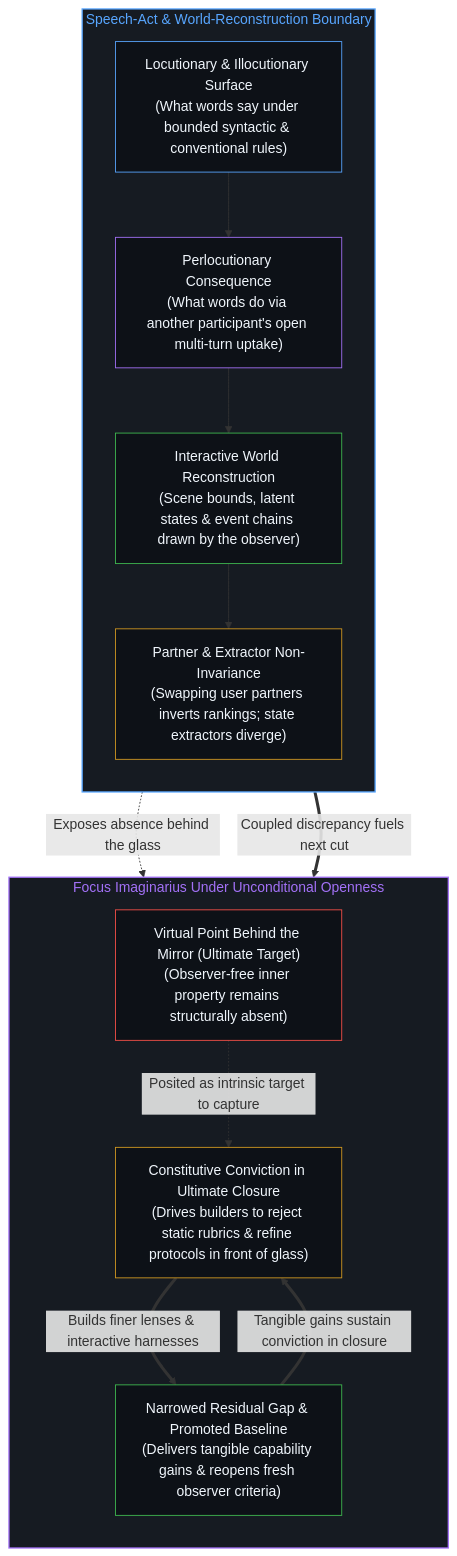
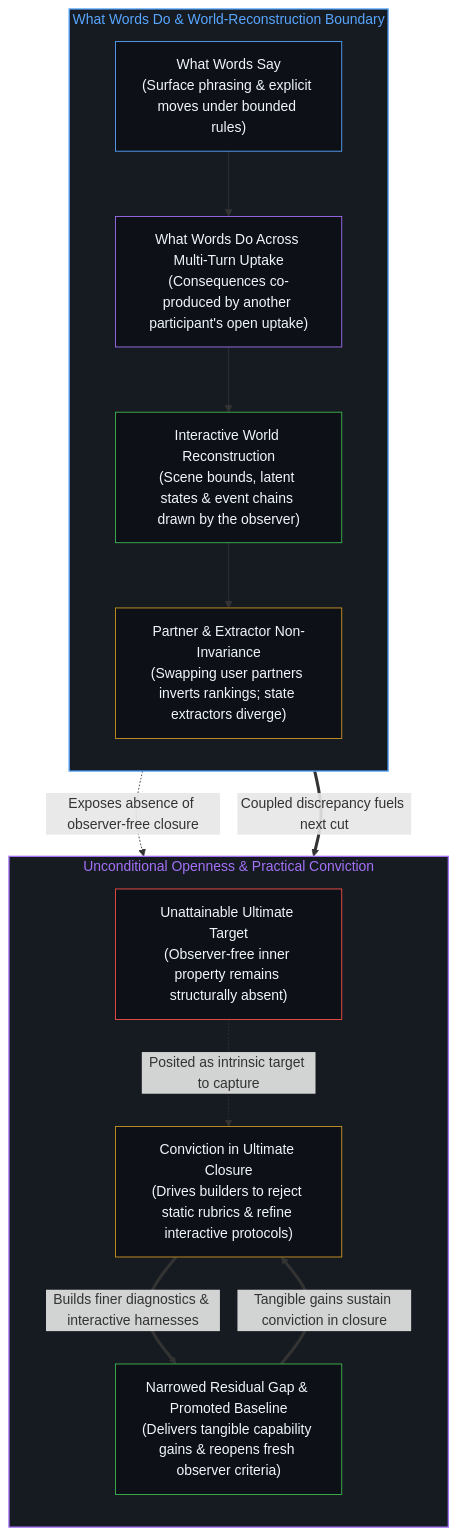
The second of 4 diagrams in content/posts/eternally-wrong-questions-that-haunt-practice.md (powerpig99/not-a-toe), drawn with Mermaid before and after one commit. The commit also changed other lines of this file and 24 other files, not shown here.

````diff
--- a/content/posts/eternally-wrong-questions-that-haunt-practice.md
+++ b/content/posts/eternally-wrong-questions-that-haunt-practice.md
@@ -55,31 +55,31 @@
 ```mermaid
 flowchart TD
-    subgraph S_Speech["Speech-Act & World-Reconstruction Boundary"]
+    subgraph S_Speech["What Words Do & World-Reconstruction Boundary"]
         direction TB
-        LOC["Locutionary & Illocutionary Surface<br/>(What words say under bounded syntactic & conventional rules)"]
-        PER["Perlocutionary Consequence<br/>(What words do via another participant's open multi-turn uptake)"]
+        LOC["What Words Say<br/>(Surface phrasing & explicit moves under bounded rules)"]
+        PER["What Words Do Across Multi-Turn Uptake<br/>(Consequences co-produced by another participant's open uptake)"]
         REC["Interactive World Reconstruction<br/>(Scene bounds, latent states & event chains drawn by the observer)"]
         COUP["Partner & Extractor Non-Invariance<br/>(Swapping user partners inverts rankings; state extractors diverge)"]
         LOC --> PER --> REC --> COUP
     end
-    subgraph S_Focus["Focus Imaginarius Under Unconditional Openness"]
+    subgraph S_Focus["Unconditional Openness & Practical Conviction"]
         direction TB
-        MIR["Virtual Point Behind the Mirror (Ultimate Target)<br/>(Observer-free inner property remains structurally absent)"]
-        CONV["Constitutive Conviction in Ultimate Closure<br/>(Drives builders to reject static rubrics & refine protocols in front of glass)"]
+        MIR["Unattainable Ultimate Target<br/>(Observer-free inner property remains structurally absent)"]
+        CONV["Conviction in Ultimate Closure<br/>(Drives builders to reject static rubrics & refine interactive protocols)"]
         GAIN["Narrowed Residual Gap & Promoted Baseline<br/>(Delivers tangible capability gains & reopens fresh observer criteria)"]
         MIR -. "Posited as intrinsic target to capture" .-> CONV
-        CONV ==>|"Builds finer lenses & interactive harnesses"| GAIN
+        CONV ==>|"Builds finer diagnostics & interactive harnesses"| GAIN
         GAIN ==>|"Tangible gains sustain conviction in closure"| CONV
     end
-    COUP -. "Exposes absence behind the glass" .-> MIR
+    COUP -. "Exposes absence of observer-free closure" .-> MIR
     COUP ==>|"Coupled discrepancy fuels next cut"| CONV
     style S_Speech fill:#161b22,stroke:#58a6ff,stroke-width:1.5px,color:#58a6ff
     style S_Focus fill:#161b22,stroke:#a371f7,stroke-width:1.5px,color:#a371f7
     style LOC fill:#0d1117,stroke:#58a6ff,stroke-width:1px,color:#f0f6fc
     style PER fill:#0d1117,stroke:#a371f7,stroke-width:1px,color:#f0f6fc
     style REC fill:#0d1117,stroke:#3fb950,stroke-width:1px,color:#f0f6fc
     style COUP fill:#0d1117,stroke:#d29922,stroke-width:1px,color:#f0f6fc
     style MIR fill:#0d1117,stroke:#f85149,stroke-width:1px,color:#f0f6fc
     style CONV fill:#0d1117,stroke:#d29922,stroke-width:1px,color:#f0f6fc
     style GAIN fill:#0d1117,stroke:#3fb950,stroke-width:1px,color:#f0f6fc
 ```
````
